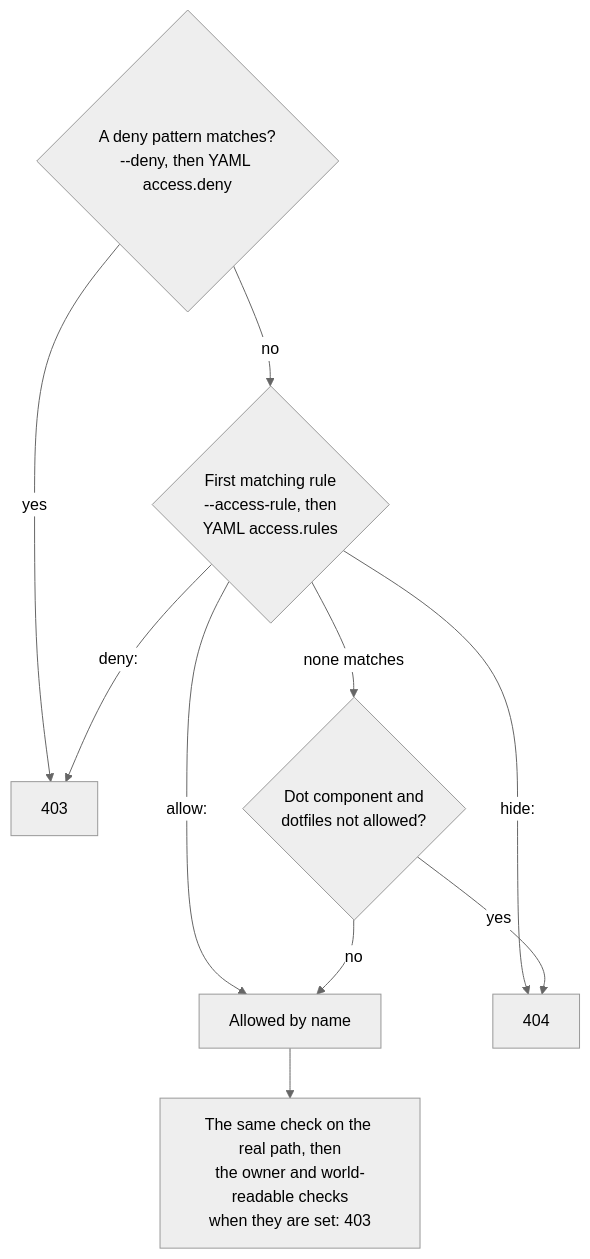
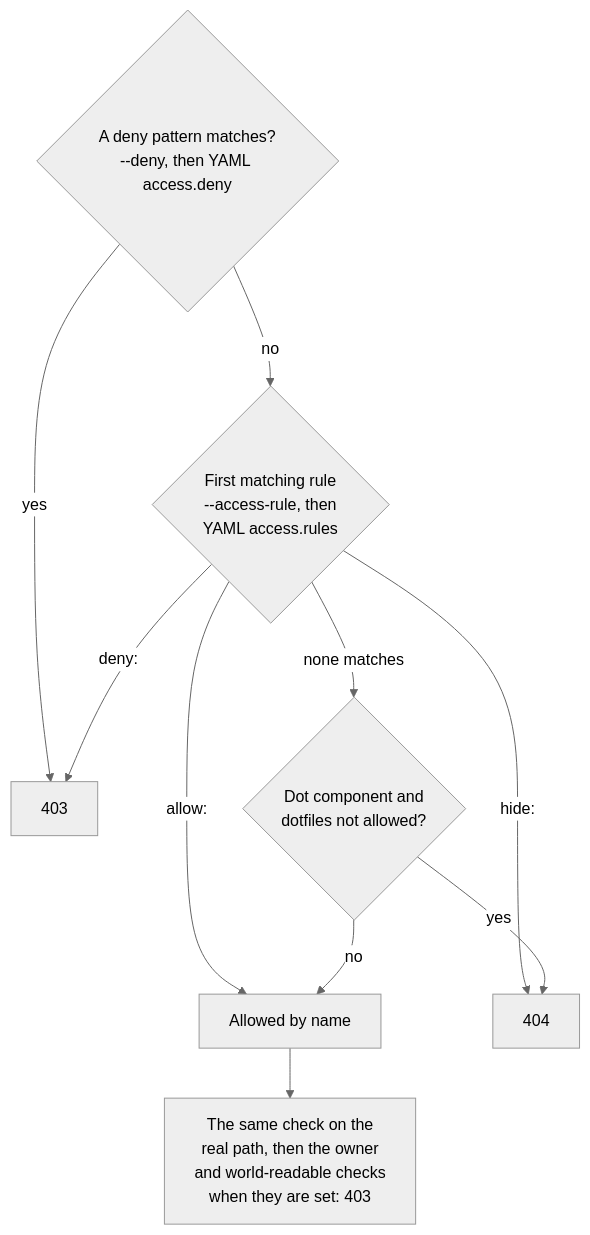
The diagram in docs/user/access-rules.md (BlivionIaG/sjws_nettask), drawn with Mermaid (neutral theme) before and after one commit. The commit also changed 8 other files, not shown here.

First line of the commit message:
docs: re-wrap long diagram labels so words do not orphan

````diff
--- a/docs/user/access-rules.md
+++ b/docs/user/access-rules.md
@@ -16,12 +16,12 @@
 ```mermaid
 flowchart TD
     d{"A deny pattern matches?<br/>--deny, then YAML access.deny"} -->|yes| r403["403"]
     d -->|no| rl{"First matching rule<br/>--access-rule, then<br/>YAML access.rules"}
     rl -->|"allow:"| ok["Allowed by name"]
     rl -->|"deny:"| r403
     rl -->|"hide:"| r404["404"]
     rl -->|"none matches"| dot{"Dot component and<br/>dotfiles not allowed?"}
     dot -->|yes| r404
     dot -->|no| ok
-    ok --> rp["The same check on the real path, then<br/>the owner and world-readable checks<br/>when they are set: 403"]
+    ok --> rp["The same check on the<br/>real path, then the owner<br/>and world-readable checks<br/>when they are set: 403"]
 ```
````
